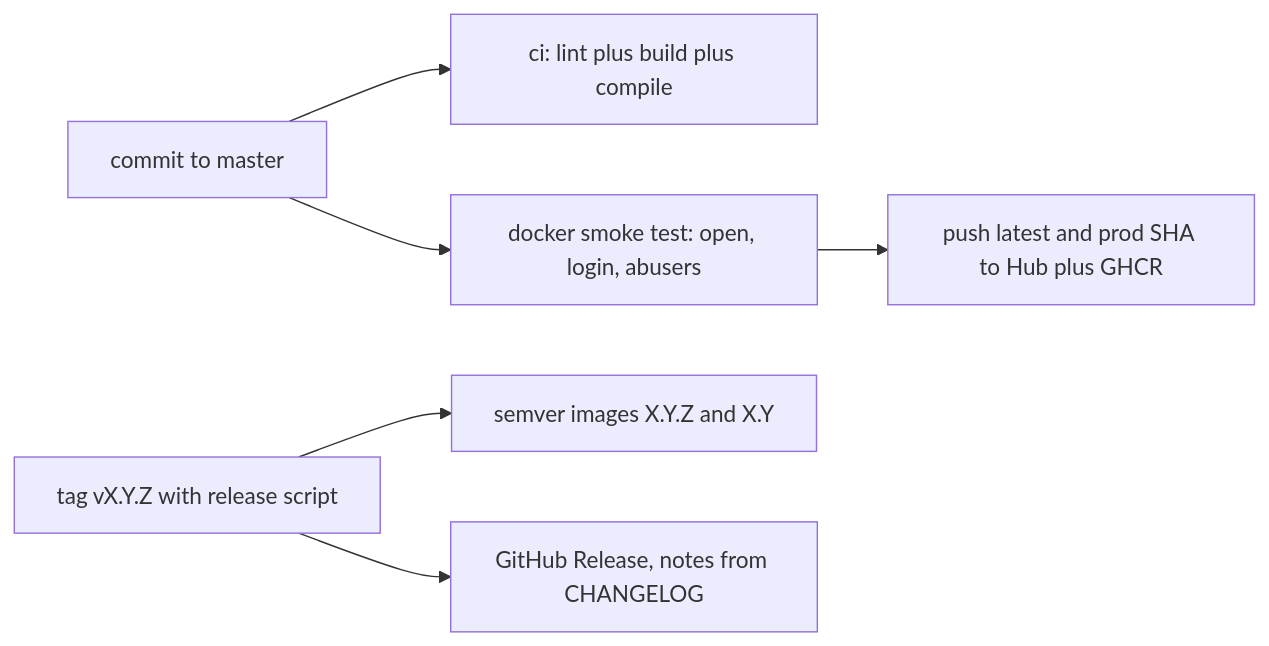
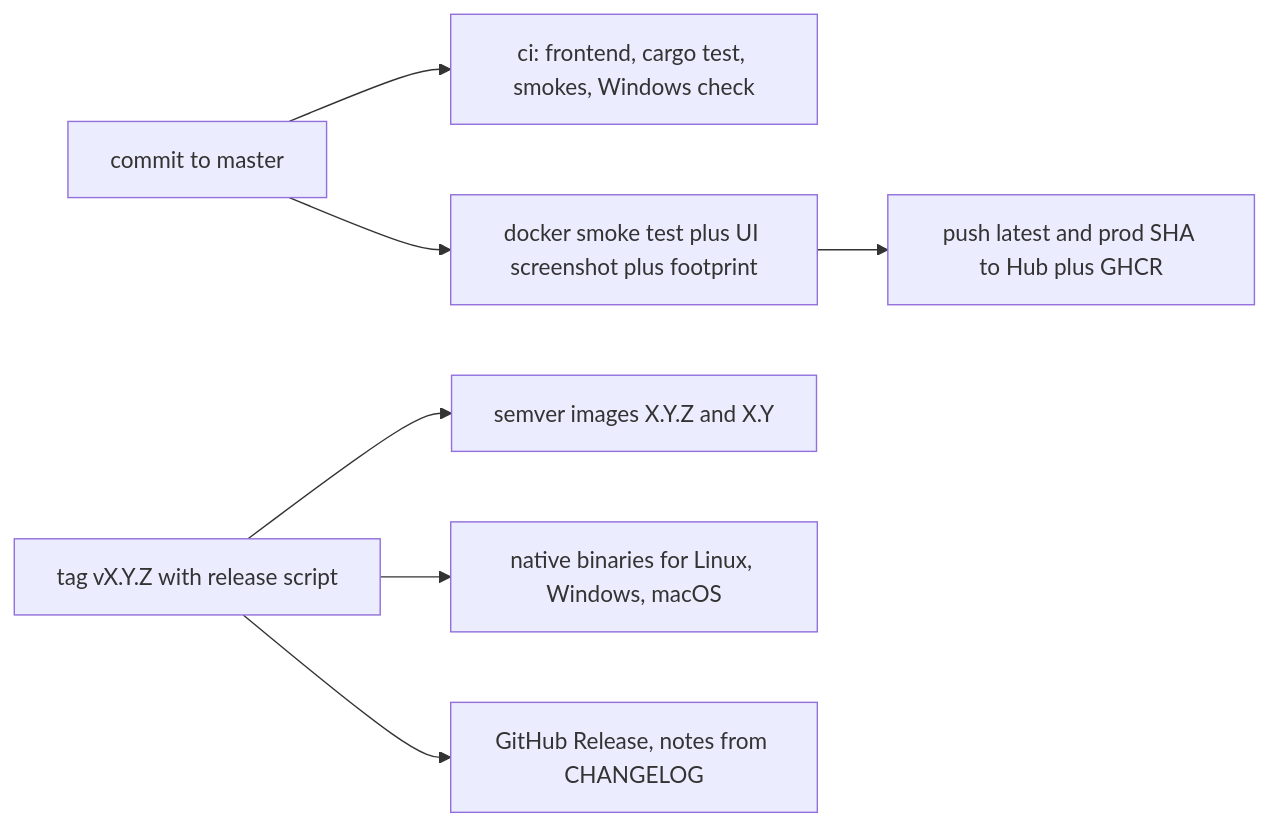
The sixth of 6 diagrams in docs/ARCHITECTURE.md (authoritydmc/ssh-sentinel), drawn with Mermaid before and after one commit. The commit also changed other lines of this file and 1 other file, not shown here.

Commit message:
docs: arch release flow, artifact matrix, fleet options (#42)

````diff
--- a/docs/ARCHITECTURE.md
+++ b/docs/ARCHITECTURE.md
@@ -181,8 +181,9 @@
 ```mermaid
 flowchart LR
-    DEV["commit to master"] --> CI["ci: lint plus build plus compile"]
-    DEV --> SMK["docker smoke test: open, login, abusers"]
+    DEV["commit to master"] --> CI["ci: frontend, cargo test, smokes, Windows check"]
+    DEV --> SMK["docker smoke test plus UI screenshot plus footprint"]
     SMK --> HUB["push latest and prod SHA to Hub plus GHCR"]
     TAG["tag vX.Y.Z with release script"] --> SEM["semver images X.Y.Z and X.Y"]
+    TAG --> NAT["native binaries for Linux, Windows, macOS"]
     TAG --> REL["GitHub Release, notes from CHANGELOG"]
 ```
````
